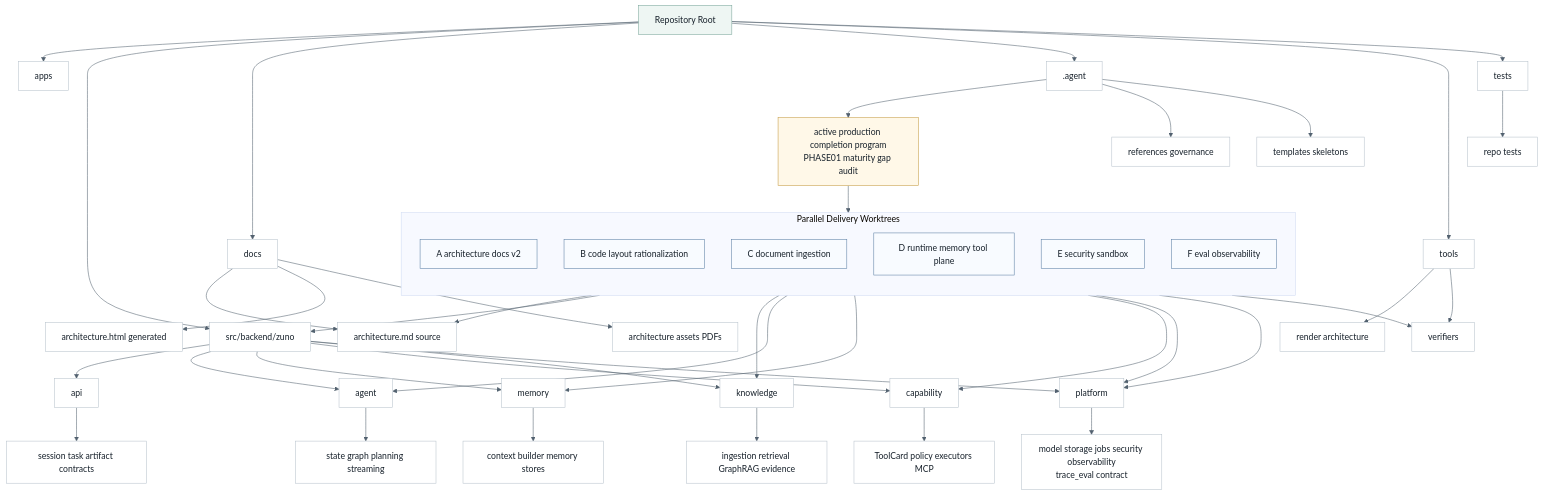
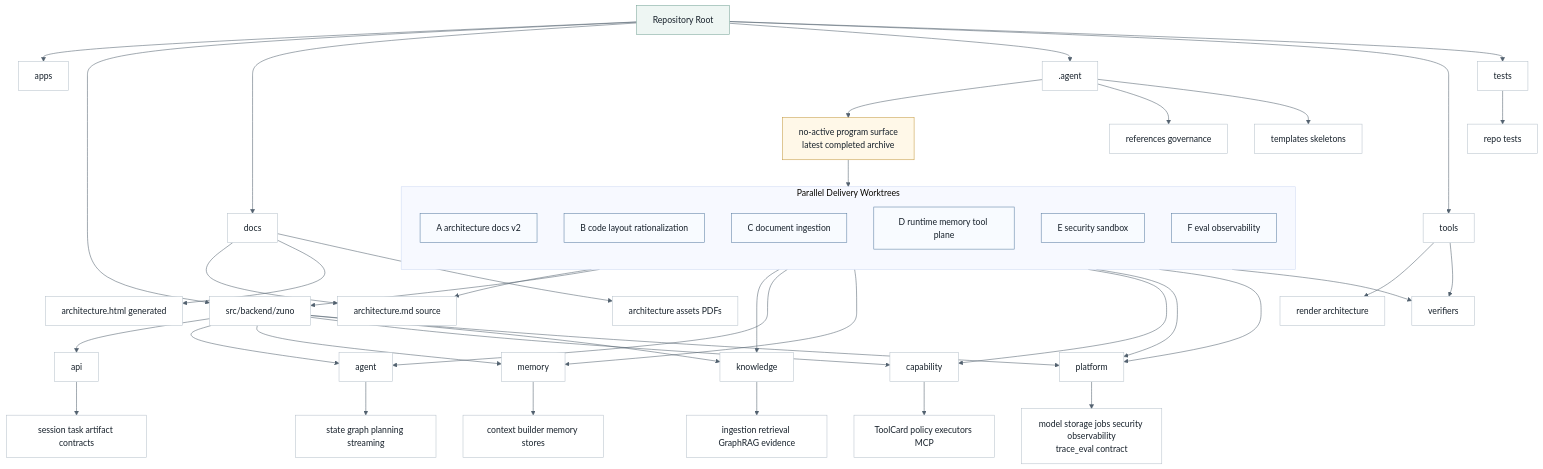
Before and after one commit to ProfessorZhi/Zuno: the second of 10 diagrams in docs/architecture/architecture.md, drawn with Mermaid. The commit also changed other lines of this file and 40 other files, not shown here.

Commit message:
feat: close production architecture program

````diff
--- a/docs/architecture/architecture.md
+++ b/docs/architecture/architecture.md
@@ -1162,59 +1162,59 @@
 ```mermaid
 %%{init: {"theme": "base", "themeVariables": {"background": "#f7f8fb", "lineColor": "#52616f"}}}%%
 flowchart TB
   classDef node fill:#ffffff,stroke:#b8c2cc,stroke-width:1px,color:#16202a;
   classDef accent fill:#eef6f3,stroke:#7aa59a,stroke-width:1px,color:#16202a;
   classDef guard fill:#fff8e8,stroke:#c59b43,stroke-width:1px,color:#16202a;
   classDef work fill:#f8fbff,stroke:#5b7fa3,stroke-width:1px,color:#16202a;
 
   R["Repository Root"]:::accent
   R --> APPS["apps"]
   R --> BACKEND["src/backend/zuno"]
   R --> DOCS["docs"]
   R --> AGENT[".agent"]
   R --> TOOLS["tools"]
   R --> TESTS["tests"]
   BACKEND --> API["api"]
   BACKEND --> AG["agent"]
   BACKEND --> MEM["memory"]
   BACKEND --> CAP["capability"]
   BACKEND --> KNO["knowledge"]
   BACKEND --> PLA["platform"]
   API --> APISTATE["session task artifact contracts"]
   AG --> RUNTIME["state graph planning streaming"]
   MEM --> MEMSYS["context builder memory stores"]
   CAP --> TOOLSYS["ToolCard policy executors MCP"]
   KNO --> KNOWSYS["ingestion retrieval GraphRAG evidence"]
   PLA --> PLATSYS["model storage jobs security observability<br/>trace_eval contract"]
   DOCS --> FORMAL["architecture.md source"]
   DOCS --> HTML["architecture.html generated"]
   DOCS --> ASSETS["architecture assets PDFs"]
-  AGENT --> PROGRAM["active production completion program<br/>PHASE01 maturity gap audit"]:::guard
+  AGENT --> PROGRAM["no-active program surface<br/>latest completed archive"]:::guard
   AGENT --> REFS["references governance"]
   AGENT --> TPL["templates skeletons"]
   TOOLS --> RENDER["render architecture"]
   TOOLS --> VERIFY["verifiers"]
   TESTS --> REPO["repo tests"]
 
   subgraph WORK["Parallel Delivery Worktrees"]
     direction TB
     WA["A architecture docs v2"]:::work
     WB["B code layout rationalization"]:::work
     WC["C document ingestion"]:::work
     WD["D runtime memory tool plane"]:::work
     WE["E security sandbox"]:::work
     WF["F eval observability"]:::work
   end
 
   PROGRAM --> WORK
   WA --> FORMAL
   WB --> BACKEND
   WC --> KNO
   WD --> AG
   WD --> MEM
   WD --> CAP
   WE --> PLA
   WF --> PLA
   WORK --> VERIFY
   class APPS,BACKEND,DOCS,AGENT,TOOLS,TESTS,API,AG,MEM,CAP,KNO,PLA,APISTATE,RUNTIME,MEMSYS,TOOLSYS,KNOWSYS,PLATSYS,FORMAL,HTML,ASSETS,REFS,TPL,RENDER,VERIFY,REPO node;
 ```
````
